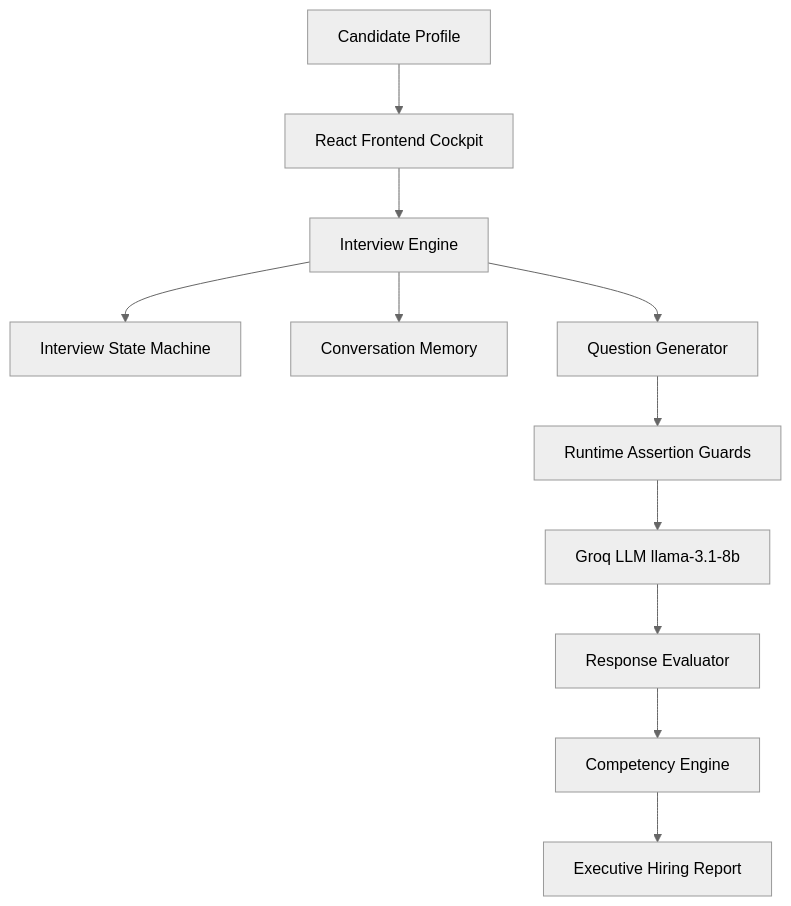
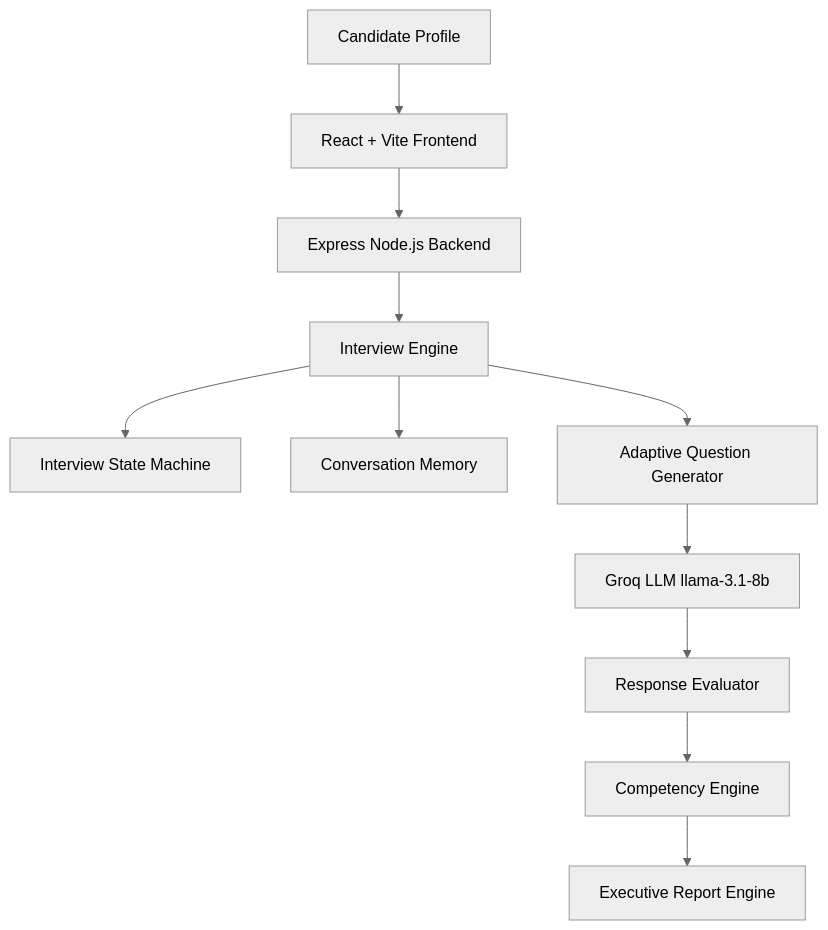
Before and after one commit to jaibaranwal/interview-os: the diagram in README.md, drawn with Mermaid (neutral theme). The commit also changed other lines of this file and 1 other file, not shown here.

Commit message:
feat(interview-os): prompt 35 interview intelligence flow landing page refinement and architecture migration to README

````diff
--- a/README.md
+++ b/README.md
@@ -29,13 +13,13 @@
 ```mermaid
 flowchart TD
-    A[Candidate Profile] --> B[React Frontend Cockpit]
-    B --> C[Interview Engine]
-    C --> D[Interview State Machine]
-    C --> E[Conversation Memory]
-    C --> F[Question Generator]
-    F --> G[Runtime Assertion Guards]
+    A[Candidate Profile] --> B[React + Vite Frontend]
+    B --> C[Express Node.js Backend]
+    C --> D[Interview Engine]
+    D --> E[Interview State Machine]
+    D --> F[Conversation Memory]
+    D --> G[Adaptive Question Generator]
     G --> H[Groq LLM llama-3.1-8b]
     H --> I[Response Evaluator]
     I --> J[Competency Engine]
-    J --> K[Executive Hiring Report]
+    J --> K[Executive Report Engine]
 ```
````
